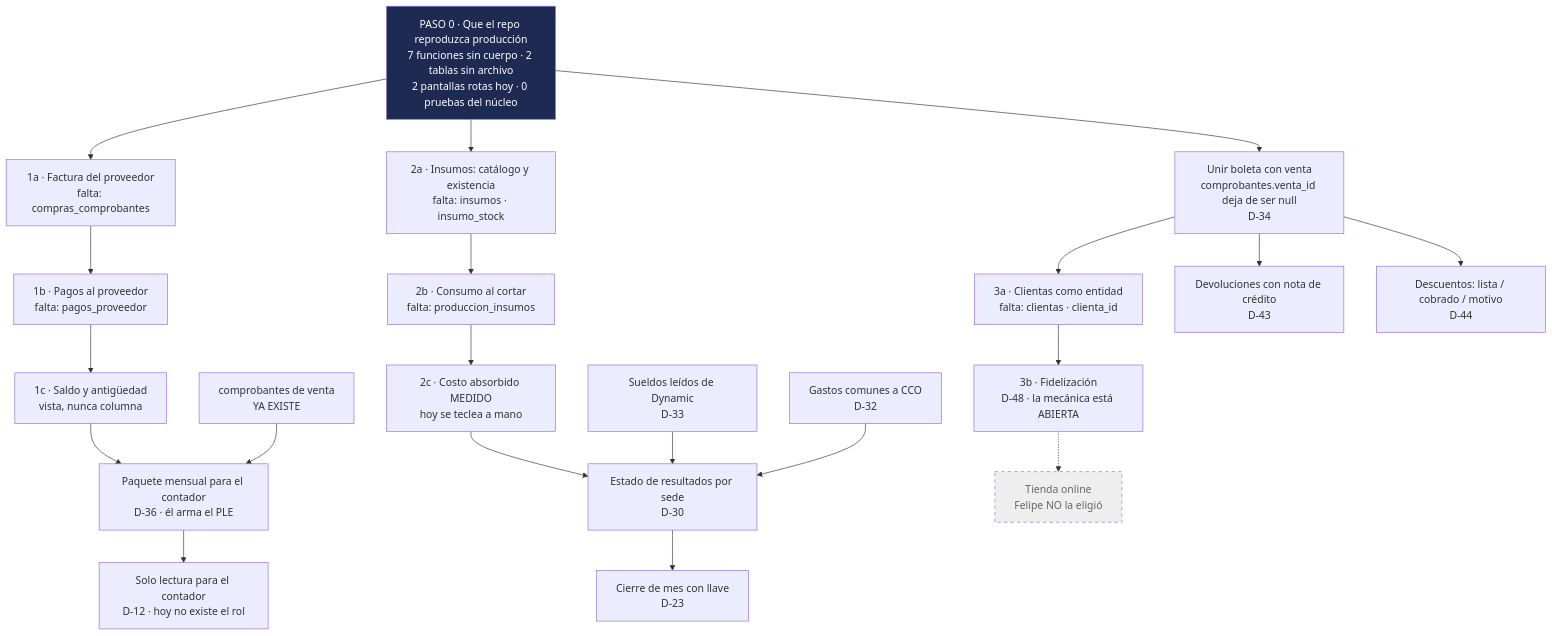
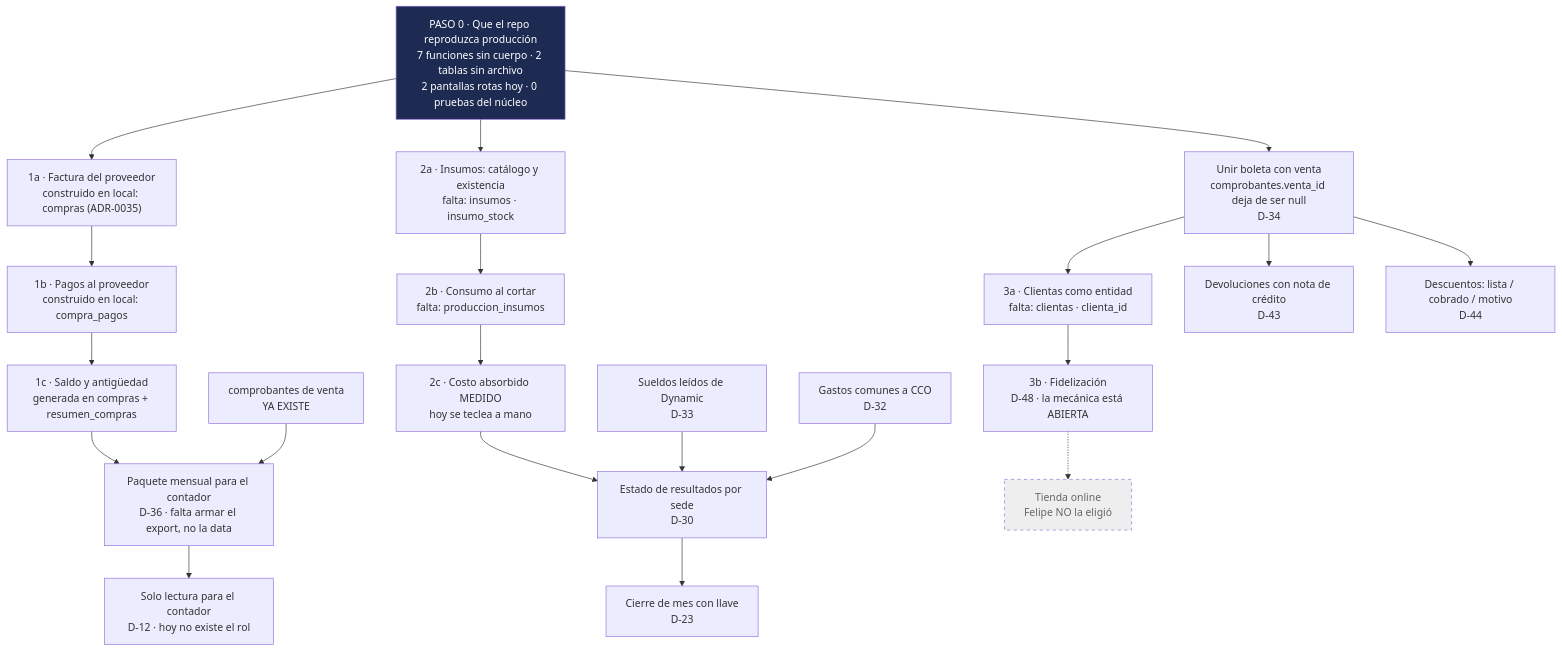
The diagram in docs/datos/10-ROADMAP-DATOS.md (felipea92p-ux/cayla-retail), drawn with Mermaid before and after one commit. The commit also changed other lines of this file and 1 other file, not shown here.

First line of the commit message:
docs(datos): refresca producción del taller y prioridad 1 contra la base real

````diff
--- a/docs/datos/10-ROADMAP-DATOS.md
+++ b/docs/datos/10-ROADMAP-DATOS.md
@@ -24,31 +24,31 @@
 ```mermaid
 flowchart TD
   P0["PASO 0 · Que el repo reproduzca producción<br/>7 funciones sin cuerpo · 2 tablas sin archivo<br/>2 pantallas rotas hoy · 0 pruebas del núcleo"]
 
-  P0 --> A1["1a · Factura del proveedor<br/>falta: compras_comprobantes"]
-  A1 --> A2["1b · Pagos al proveedor<br/>falta: pagos_proveedor"]
-  A2 --> A3["1c · Saldo y antigüedad<br/>vista, nunca columna"]
-  A3 --> PLE["Paquete mensual para el contador<br/>D-36 · él arma el PLE"]
+  P0 --> A1["1a · Factura del proveedor<br/>construido en local: compras (ADR-0035)"]
+  A1 --> A2["1b · Pagos al proveedor<br/>construido en local: compra_pagos"]
+  A2 --> A3["1c · Saldo y antigüedad<br/>generada en compras + resumen_compras"]
+  A3 --> PLE["Paquete mensual para el contador<br/>D-36 · falta armar el export, no la data"]
   VTA["comprobantes de venta<br/>YA EXISTE"] --> PLE
   PLE --> SL["Solo lectura para el contador<br/>D-12 · hoy no existe el rol"]
 
   P0 --> B1["2a · Insumos: catálogo y existencia<br/>falta: insumos · insumo_stock"]
   B1 --> B2["2b · Consumo al cortar<br/>falta: produccion_insumos"]
   B2 --> B3["2c · Costo absorbido MEDIDO<br/>hoy se teclea a mano"]
   B3 --> EDR["Estado de resultados por sede<br/>D-30"]
   SUE["Sueldos leídos de Dynamic<br/>D-33"] --> EDR
   CCO["Gastos comunes a CCO<br/>D-32"] --> EDR
   EDR --> CM["Cierre de mes con llave<br/>D-23"]
 
   P0 --> LINK["Unir boleta con venta<br/>comprobantes.venta_id deja de ser null<br/>D-34"]
   LINK --> C1["3a · Clientas como entidad<br/>falta: clientas · clienta_id"]
   C1 --> C2["3b · Fidelización<br/>D-48 · la mecánica está ABIERTA"]
   LINK --> DEV["Devoluciones con nota de crédito<br/>D-43"]
   LINK --> DESC["Descuentos: lista / cobrado / motivo<br/>D-44"]
 
   ECO["Tienda online<br/>Felipe NO la eligió"]
   C2 -.-> ECO
 
   style P0 fill:#1D2A52,color:#fff
   style ECO fill:#eee,color:#666,stroke-dasharray: 5 5
 ```
````
